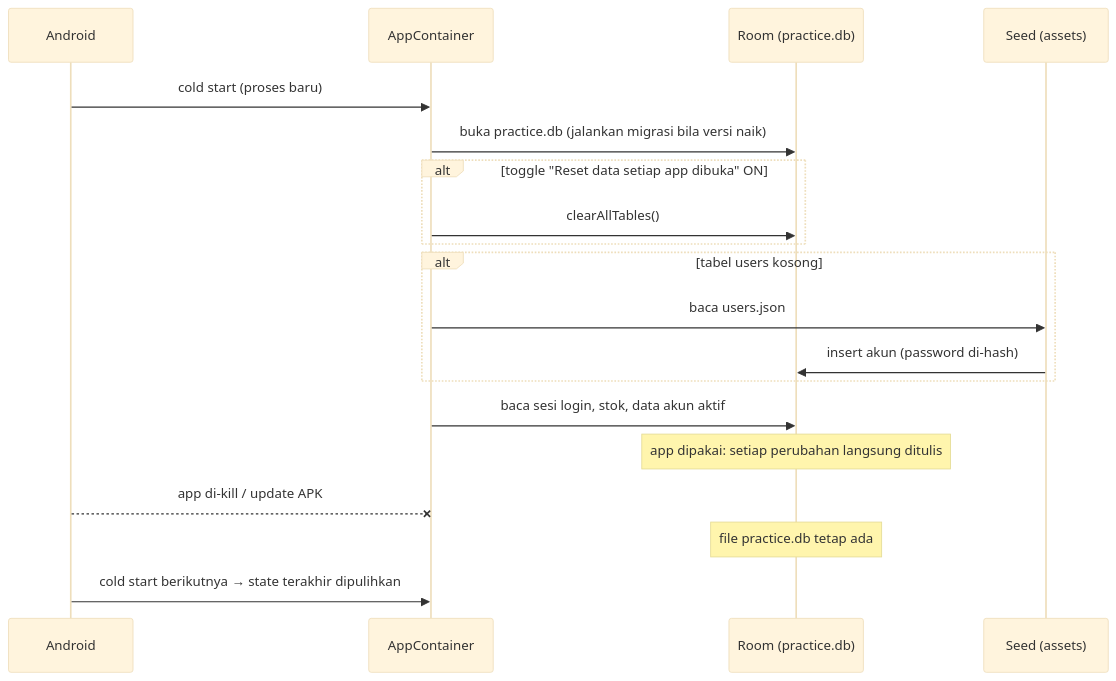
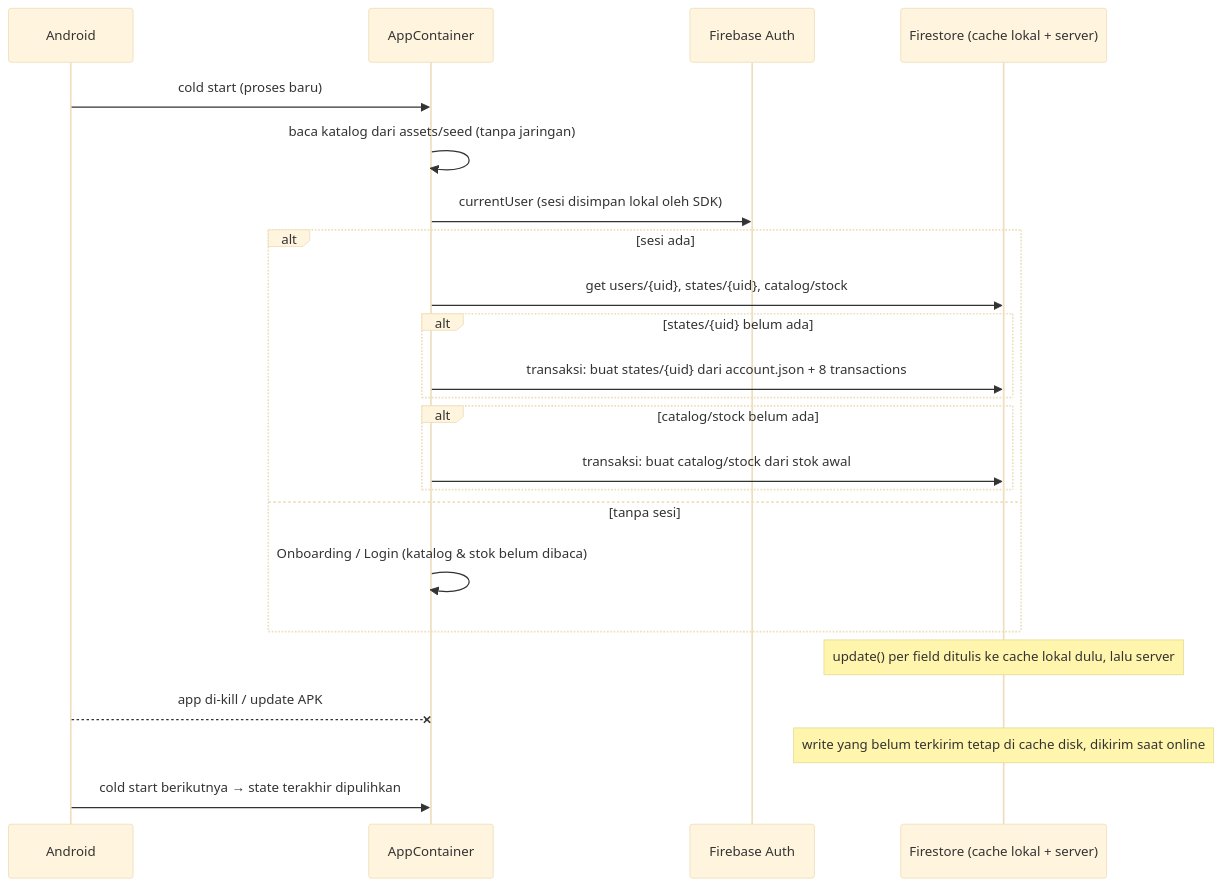
Before and after one commit to dhandyjoe/PracticeMarket.apps: the second of 2 diagrams in ARCHITECTURE.md, drawn with Mermaid (base theme). The commit also changed other lines of this file and 106 other files, not shown here.

First line of the commit message:
feat(firebase): ganti database lokal Room dengan Firebase Auth dan Firestore

````diff
--- a/ARCHITECTURE.md
+++ b/ARCHITECTURE.md
@@ -164,21 +180,25 @@
 ```mermaid
 sequenceDiagram
   participant OS as Android
   participant App as AppContainer
-  participant DB as Room (practice.db)
-  participant Seed as Seed (assets)
+  participant Auth as Firebase Auth
+  participant FS as Firestore (cache lokal + server)
   OS->>App: cold start (proses baru)
-  App->>DB: buka practice.db (jalankan migrasi bila versi naik)
-  alt toggle "Reset data setiap app dibuka" ON
-    App->>DB: clearAllTables()
+  App->>App: baca katalog dari assets/seed (tanpa jaringan)
+  App->>Auth: currentUser (sesi disimpan lokal oleh SDK)
+  alt sesi ada
+    App->>FS: get users/{uid}, states/{uid}, catalog/stock
+    alt states/{uid} belum ada
+      App->>FS: transaksi: buat states/{uid} dari account.json + 8 transactions
+    end
+    alt catalog/stock belum ada
+      App->>FS: transaksi: buat catalog/stock dari stok awal
+    end
+  else tanpa sesi
+    App->>App: Onboarding / Login (katalog & stok belum dibaca)
   end
-  alt tabel users kosong
-    App->>Seed: baca users.json
-    Seed->>DB: insert akun (password di-hash)
-  end
-  App->>DB: baca sesi login, stok, data akun aktif
-  Note over DB: app dipakai: setiap perubahan langsung ditulis
+  Note over FS: update() per field ditulis ke cache lokal dulu, lalu server
   OS--xApp: app di-kill / update APK
-  Note over DB: file practice.db tetap ada
+  Note over FS: write yang belum terkirim tetap di cache disk, dikirim saat online
   OS->>App: cold start berikutnya → state terakhir dipulihkan
 ```
````
